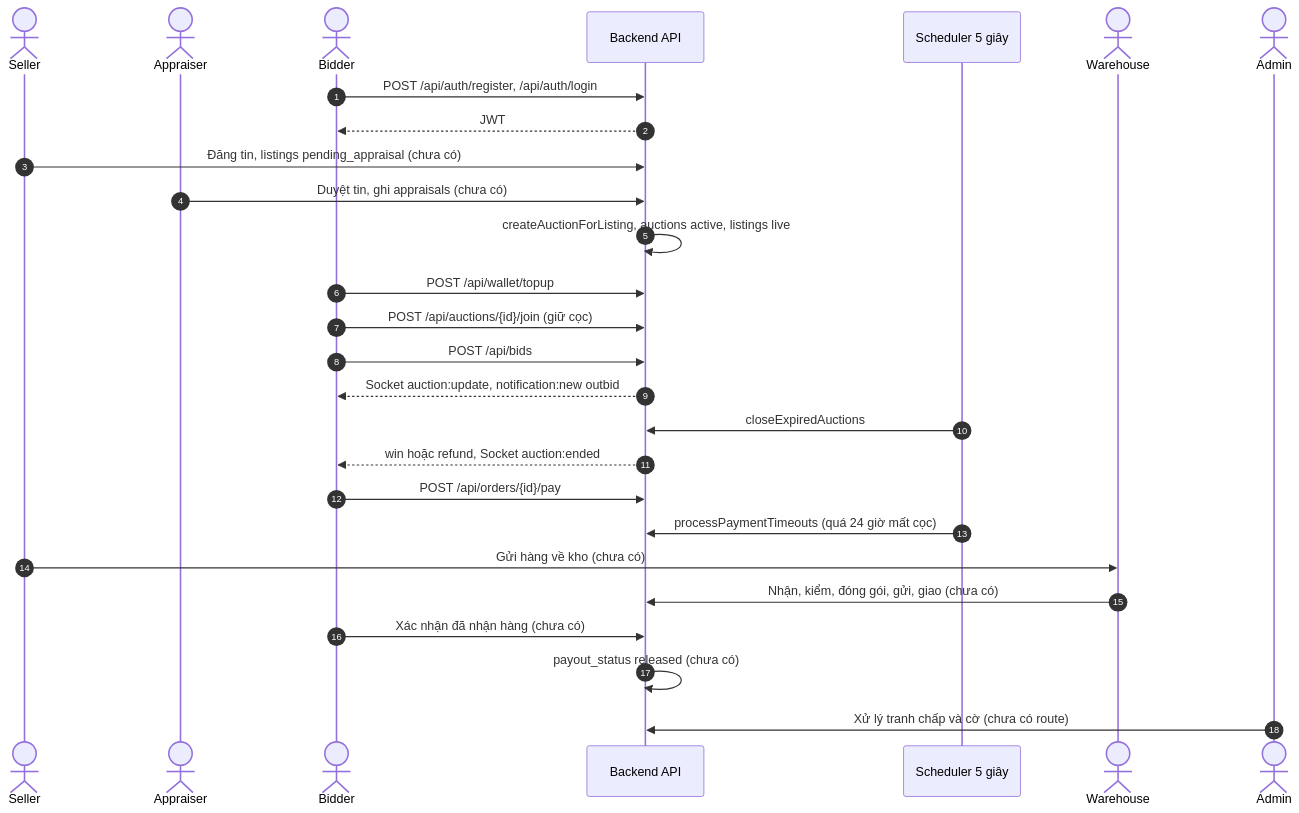
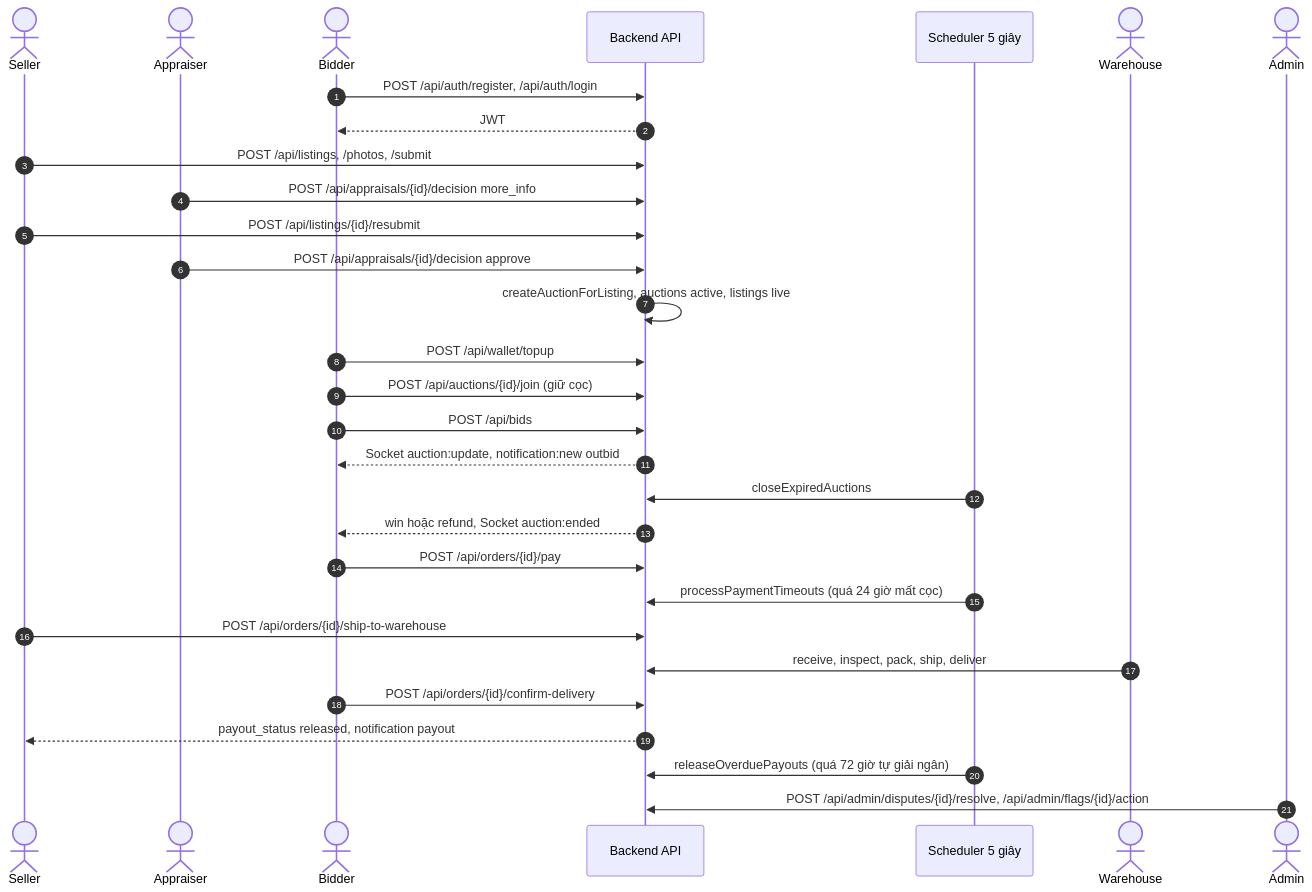
Before and after one commit to HoaiAn1510/bidvibe_be: the first of 5 diagrams in docs/mainflow.md, drawn with Mermaid. The commit also changed other lines of this file and 5 other files, not shown here.

First line of the commit message:
Tài liệu BE2: docs/api.md, kết quả kiểm thử, cập nhật mainflow và README

````diff
--- a/docs/mainflow.md
+++ b/docs/mainflow.md
@@ -179,30 +176,33 @@
 ```mermaid
 sequenceDiagram
     autonumber
     actor S as Seller
     actor A as Appraiser
     actor B as Bidder
     participant API as Backend API
     participant J as Scheduler 5 giây
     actor W as Warehouse
     actor AD as Admin
 
     B->>API: POST /api/auth/register, /api/auth/login
     API-->>B: JWT
-    S->>API: Đăng tin, listings pending_appraisal (chưa có)
-    A->>API: Duyệt tin, ghi appraisals (chưa có)
+    S->>API: POST /api/listings, /photos, /submit
+    A->>API: POST /api/appraisals/{id}/decision more_info
+    S->>API: POST /api/listings/{id}/resubmit
+    A->>API: POST /api/appraisals/{id}/decision approve
     API->>API: createAuctionForListing, auctions active, listings live
     B->>API: POST /api/wallet/topup
     B->>API: POST /api/auctions/{id}/join (giữ cọc)
     B->>API: POST /api/bids
     API-->>B: Socket auction:update, notification:new outbid
     J->>API: closeExpiredAuctions
     API-->>B: win hoặc refund, Socket auction:ended
     B->>API: POST /api/orders/{id}/pay
     J->>API: processPaymentTimeouts (quá 24 giờ mất cọc)
-    S->>W: Gửi hàng về kho (chưa có)
-    W->>API: Nhận, kiểm, đóng gói, gửi, giao (chưa có)
-    B->>API: Xác nhận đã nhận hàng (chưa có)
-    API->>API: payout_status released (chưa có)
-    AD->>API: Xử lý tranh chấp và cờ (chưa có route)
+    S->>API: POST /api/orders/{id}/ship-to-warehouse
+    W->>API: receive, inspect, pack, ship, deliver
+    B->>API: POST /api/orders/{id}/confirm-delivery
+    API-->>S: payout_status released, notification payout
+    J->>API: releaseOverduePayouts (quá 72 giờ tự giải ngân)
+    AD->>API: POST /api/admin/disputes/{id}/resolve, /api/admin/flags/{id}/action
 ```
````
